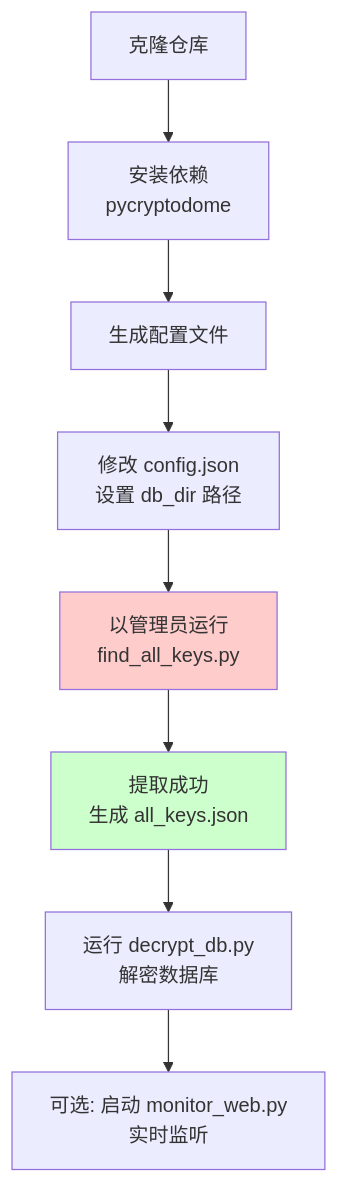
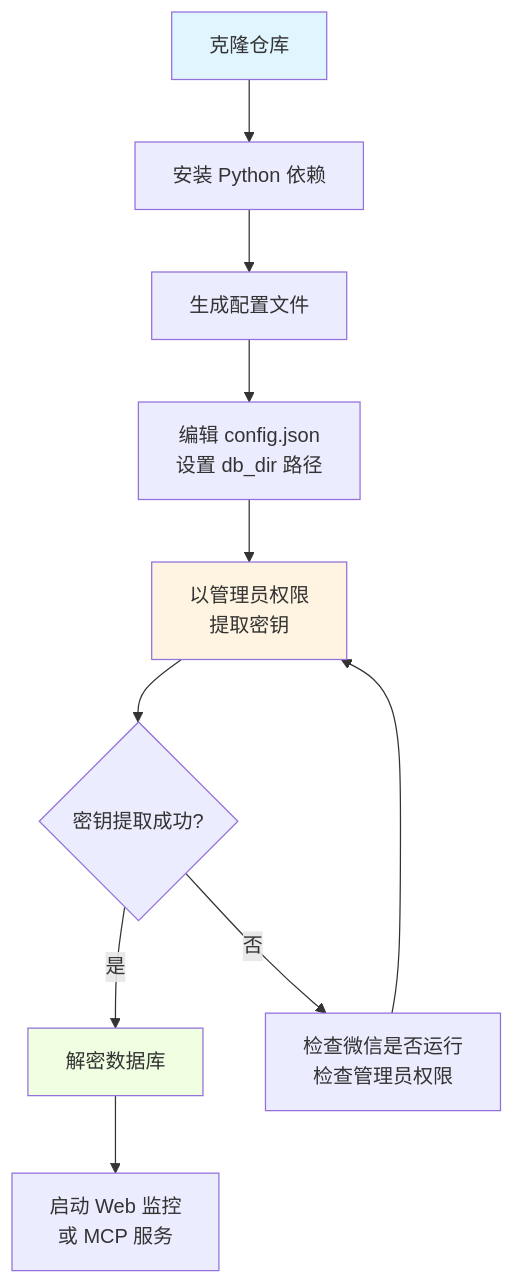
Before and after one commit to nerdneilsfield/code-wiki-pages: the first of 2 diagrams in public/wechat-decrypt/guide-getting-started.md, drawn with Mermaid. The commit also changed other lines of this file and 30 other files, not shown here.

````diff
--- a/public/wechat-decrypt/guide-getting-started.md
+++ b/public/wechat-decrypt/guide-getting-started.md
@@ -38,13 +9,16 @@
 ```mermaid
 flowchart TD
-    A[克隆仓库] --> B[安装依赖<br/>pycryptodome]
+    A[克隆仓库] --> B[安装 Python 依赖]
     B --> C[生成配置文件]
-    C --> D[修改 config.json<br/>设置 db_dir 路径]
-    D --> E[以管理员运行<br/>find_all_keys.py]
-    E --> F[提取成功<br/>生成 all_keys.json]
-    F --> G[运行 decrypt_db.py<br/>解密数据库]
-    G --> H[可选: 启动 monitor_web.py<br/>实时监听]
+    C --> D[编辑 config.json<br/>设置 db_dir 路径]
+    D --> E[以管理员权限<br/>提取密钥]
+    E --> F{密钥提取成功?}
+    F -->|是| G[解密数据库]
+    F -->|否| H[检查微信是否运行<br/>检查管理员权限]
+    H --> E
+    G --> I[启动 Web 监控<br/>或 MCP 服务]
     
-    style E fill:#ffcccc
-    style F fill:#ccffcc
+    style A fill:#e1f5ff
+    style E fill:#fff4e1
+    style G fill:#f0ffe1
 ```
````
